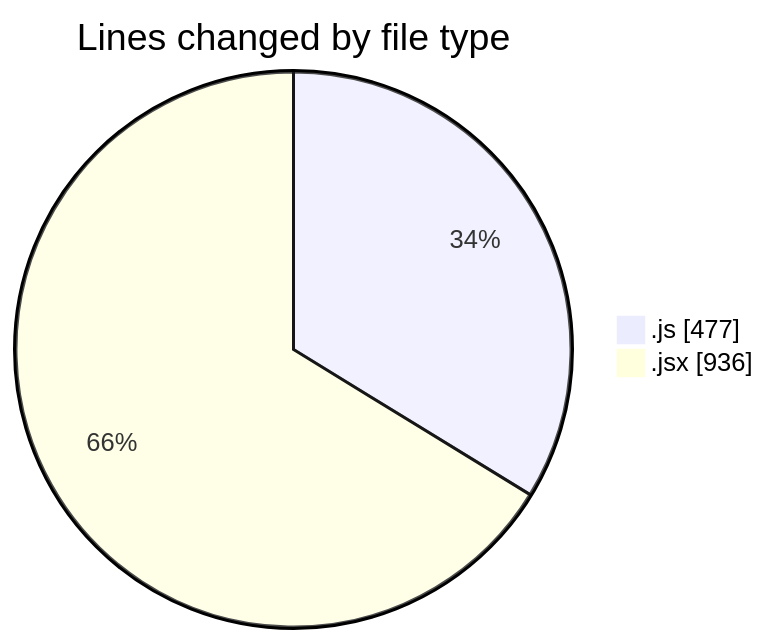
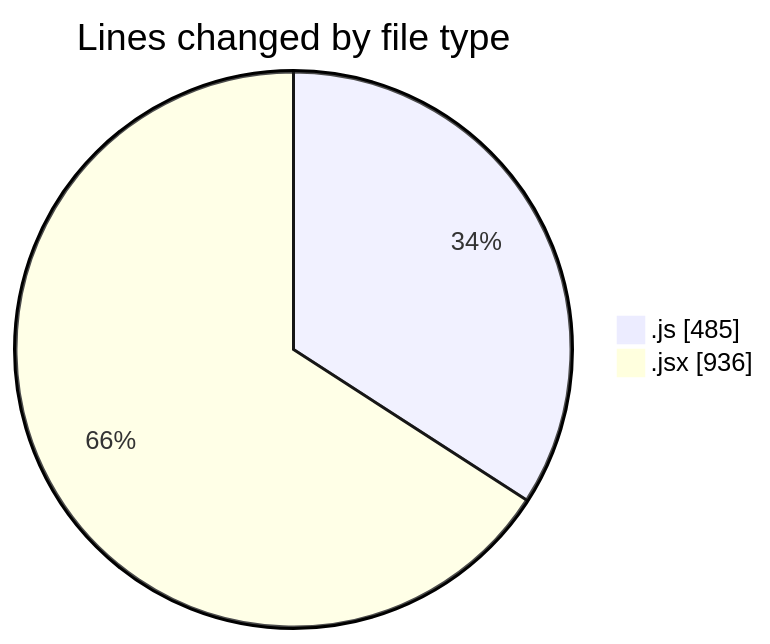
Before and after one commit to robertbonfada/code-tracking: the first of 2 diagrams in 2025-01-13/termonied-web/README.md, drawn with Mermaid. The commit also changed other lines of this file and 1 other file, not shown here.

````diff
--- a/2025-01-13/termonied-web/README.md
+++ b/2025-01-13/termonied-web/README.md
@@ -22,6 +22,6 @@
 ```mermaid
 pie showData
 title Lines changed by file type
-".js" : 477
+".js" : 485
 ".jsx" : 936
 ```
````
